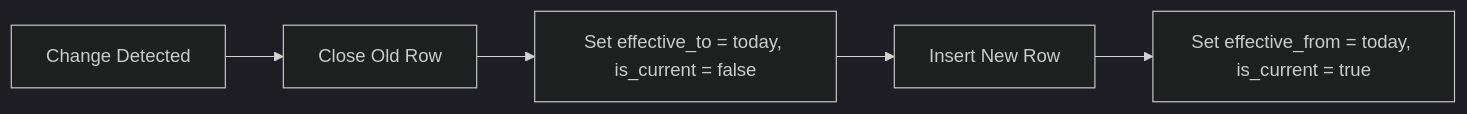
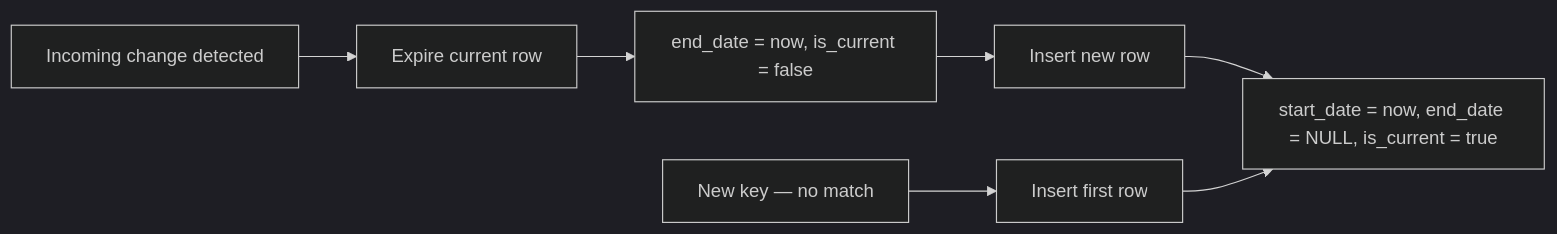
The diagram in spark-sql/docs/scd/type2/index.md (mahfooziiitian/spark-batch), drawn with Mermaid (dark theme) before and after one commit. The commit also changed other lines of this file and 312 other files, not shown here.

````diff
--- a/spark-sql/docs/scd/type2/index.md
+++ b/spark-sql/docs/scd/type2/index.md
@@ -8,7 +7,9 @@
 ```mermaid
 graph LR
-    A[Change Detected] --> B[Close Old Row]
-    B --> C["Set effective_to = today, is_current = false"]
-    C --> D[Insert New Row]
-    D --> E["Set effective_from = today, is_current = true"]
+    A[Incoming change detected] --> B[Expire current row]
+    B --> C["end_date = now, is_current = false"]
+    C --> D[Insert new row]
+    D --> E["start_date = now, end_date = NULL, is_current = true"]
+    A2[New key — no match] --> F[Insert first row]
+    F --> E
 ```
````
